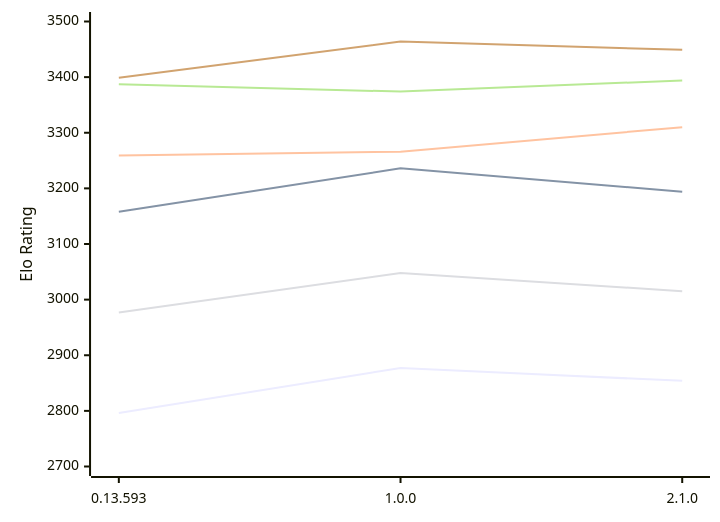
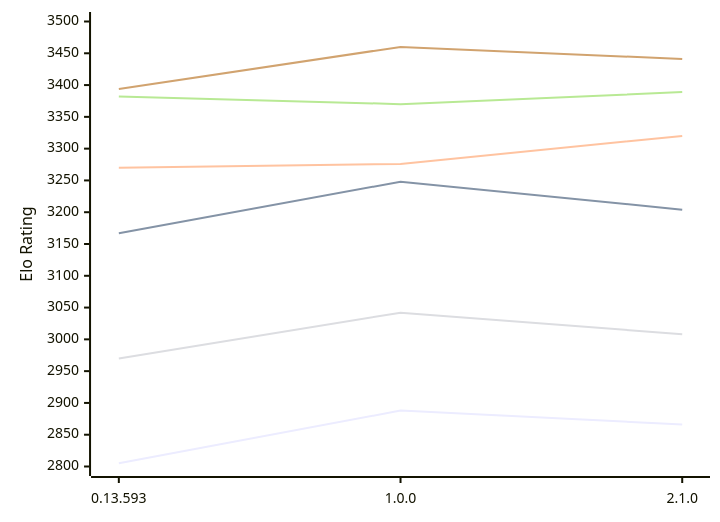
The diagram in engines/Pawnstar.md (computer-chess-index/cci), drawn with Mermaid before and after one commit. The commit also changed other lines of this file, not shown here.

Commit message:
Update CCI Ratings (ELO VLTC) - 2026-11-06

````diff
--- a/engines/Pawnstar.md
+++ b/engines/Pawnstar.md
@@ -51,12 +51,12 @@
 ```mermaid
 %%{init: {"theme":"base","themeVariables":{"seriesColors:['#a3a3a3','#222221','#faa371']}}}%%
 xychart-beta
   x-axis ["0.13.593", "1.0.0", "2.1.0"]
-  y-axis "Elo Rating" 2700 --> 3500
-  line "E1: STC (8.0+0.08s)" [2796, 2877, 2854]
-  line "E1: LTC (60.0+0.60s)" [3158, 3236, 3194]
-  line "E1: VLTC (2m24s+1.12s)" [3259, 3266, 3310]
-  line "P1: STC (8.0+0.08s)" [2977, 3048, 3015]
-  line "P1: LTC (60.0+0.60s)" [3387, 3374, 3394]
-  line "P1: VLTC (2m24s+1.12s)" [3399, 3464, 3449]
+  y-axis "Elo Rating" 2800 --> 3500
+  line "E1: STC (8.0+0.08s)" [2805, 2888, 2866]
+  line "E1: LTC (60.0+0.60s)" [3167, 3248, 3204]
+  line "E1: VLTC (2m24s+1.12s)" [3270, 3276, 3320]
+  line "P1: STC (8.0+0.08s)" [2970, 3042, 3008]
+  line "P1: LTC (60.0+0.60s)" [3382, 3370, 3389]
+  line "P1: VLTC (2m24s+1.12s)" [3394, 3460, 3441]
 ```
````
